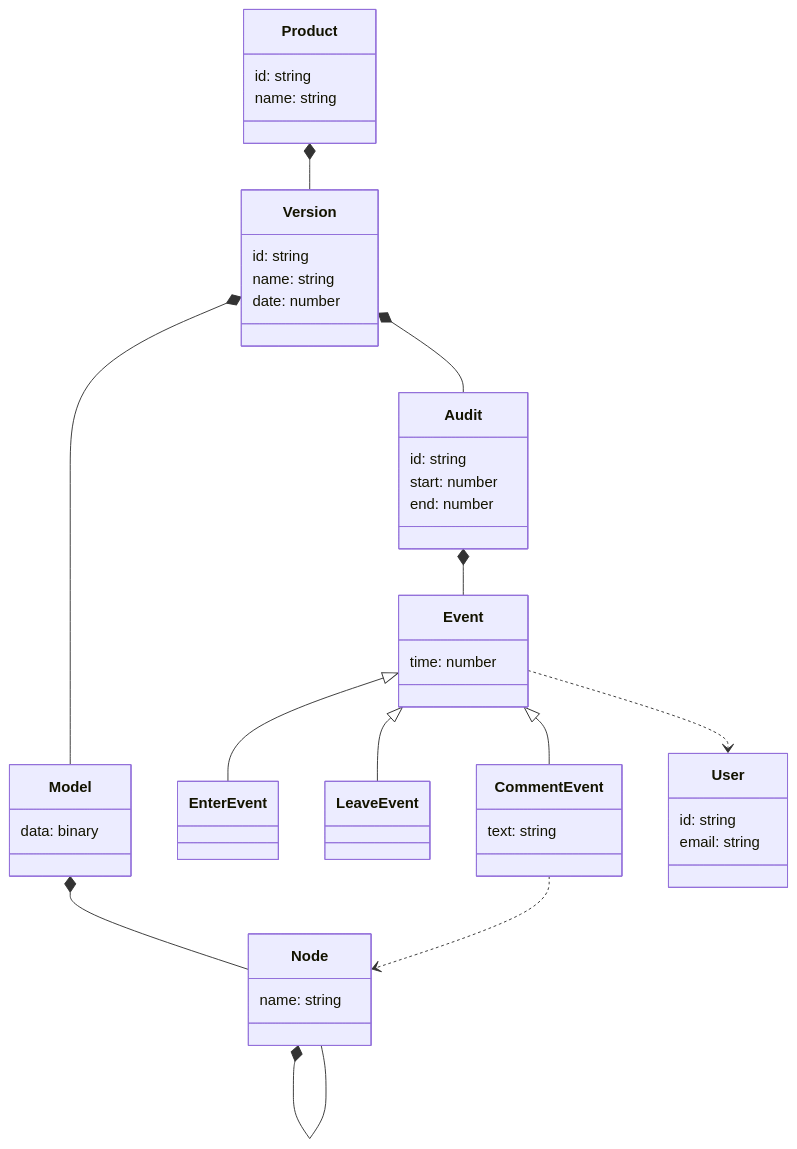
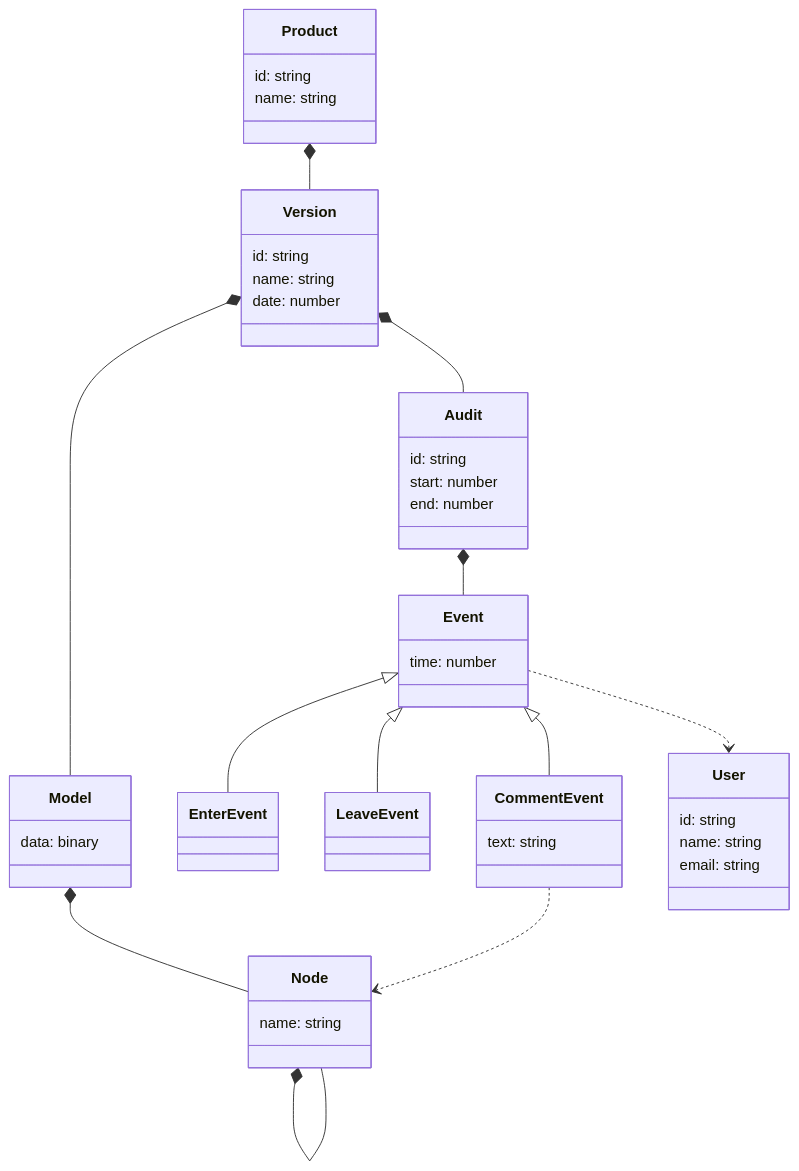
Before and after one commit to ghackenberg/caddrive: the second of 2 diagrams in README.md, drawn with Mermaid. The commit also changed 7 other files, not shown here.

````diff
--- a/README.md
+++ b/README.md
@@ -80,50 +80,51 @@
 ```mermaid
 classDiagram
     class User {
         id: string
+        name: string
         email: string
     }
     class Product {
         id: string
         name: string
     }
     class Version {
         id: string
         name: string
         date: number
     }
     class Model {
         data: binary
     }
     class Node {
         name: string
     }
     class Audit {
         id: string
         start: number
         end: number
     }
     class Event {
         time: number
     }
     class CommentEvent {
         text: string
     }
     class EnterEvent {
 
     }
     class LeaveEvent {
 
     }
     Product *-- Version
     Version *-- Model
     Version *-- Audit
     Model *-- Node
     Node *-- Node
     Audit *-- Event
     Event <|-- EnterEvent
     Event <|-- LeaveEvent
     Event <|-- CommentEvent
     Event ..> User
     CommentEvent ..> Node
 ```
````
